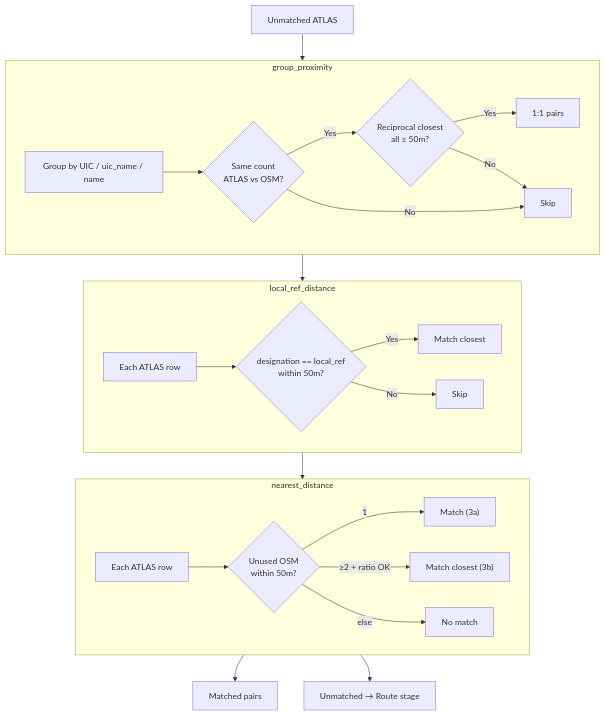
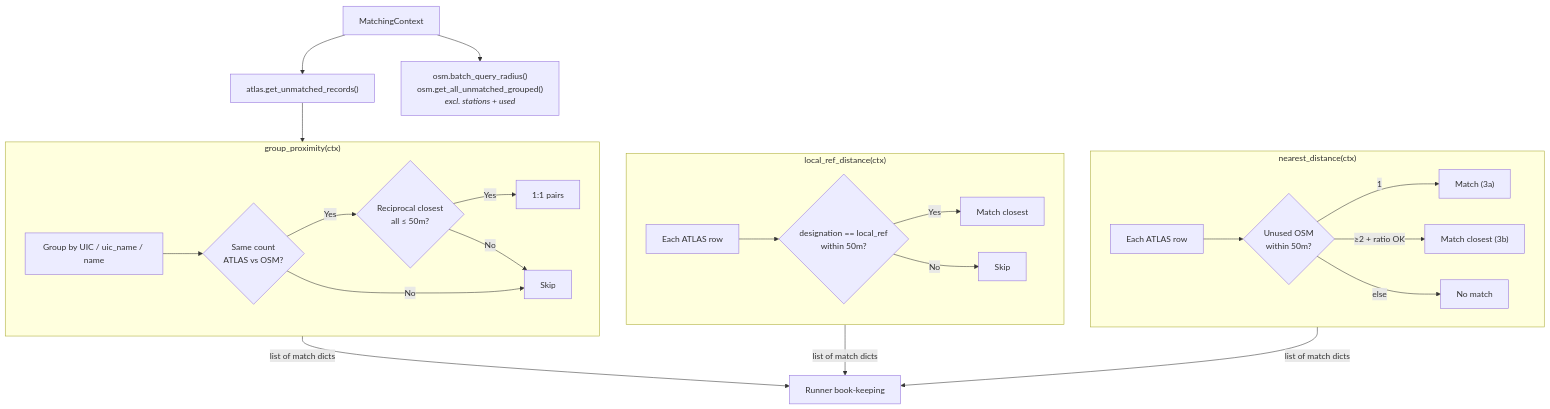
One commit to openTdataCH/stop_sync_osm_atlas changed the diagram in documentation/2.3 Distance matching.md. Above: the diagram before and after it, drawn with Mermaid. The commit also changed other lines of this file and 61 other files, not shown here.

````diff
--- a/documentation/2.3 Distance matching.md
+++ b/documentation/2.3 Distance matching.md
@@ -5,28 +5,31 @@
 ```mermaid
 flowchart TB
-    IN["Unmatched ATLAS"] --> Stage1
+    CTX["MatchingContext"] --> UA["atlas.get_unmatched_records()"]
+    CTX --> OSM["osm.batch_query_radius()<br/>osm.get_all_unmatched_grouped()<br/><i>excl. stations + used</i>"]
 
-    subgraph Stage1["group_proximity"]
+    UA --> Stage1
+
+    subgraph Stage1["group_proximity(ctx)"]
         G1["Group by UIC / uic_name / name"] --> G2{"Same count<br/>ATLAS vs OSM?"}
         G2 -->|Yes| G3{"Reciprocal closest<br/>all ≤ 50m?"}
         G3 -->|Yes| G4["1:1 pairs"]
         G2 & G3 -->|No| Gx["Skip"]
     end
 
-    subgraph Stage2["local_ref_distance"]
+    subgraph Stage2["local_ref_distance(ctx)"]
         L1["Each ATLAS row"] --> L2{"designation == local_ref<br/>within 50m?"}
         L2 -->|Yes| L3["Match closest"]
         L2 -->|No| Lx["Skip"]
     end
 
-    subgraph Stage3["nearest_distance"]
+    subgraph Stage3["nearest_distance(ctx)"]
         A1["Each ATLAS row"] --> A2{"Unused OSM<br/>within 50m?"}
         A2 -->|"1"| A3["Match (3a)"]
         A2 -->|"≥2 + ratio OK"| A5["Match closest (3b)"]
         A2 -->|else| Ax["No match"]
     end
 
-    Stage1 --> Stage2 --> Stage3
-    Stage3 --> OUT["Matched pairs"]
-    Stage3 --> UA["Unmatched → Route stage"]
+    Stage1 -->|"list of match dicts"| R1["Runner book-keeping"]
+    Stage2 -->|"list of match dicts"| R1
+    Stage3 -->|"list of match dicts"| R1
 ```
````
